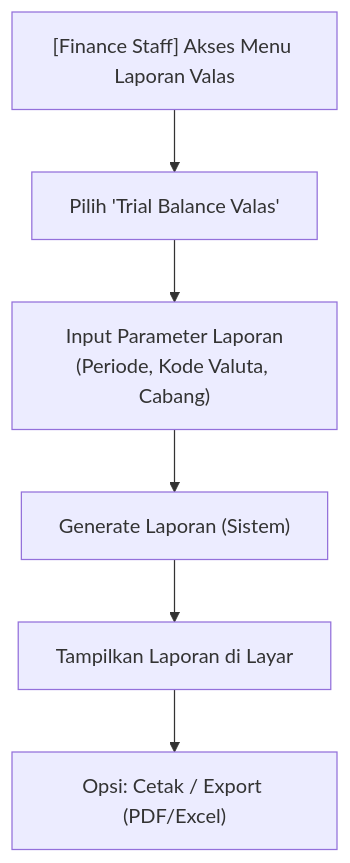
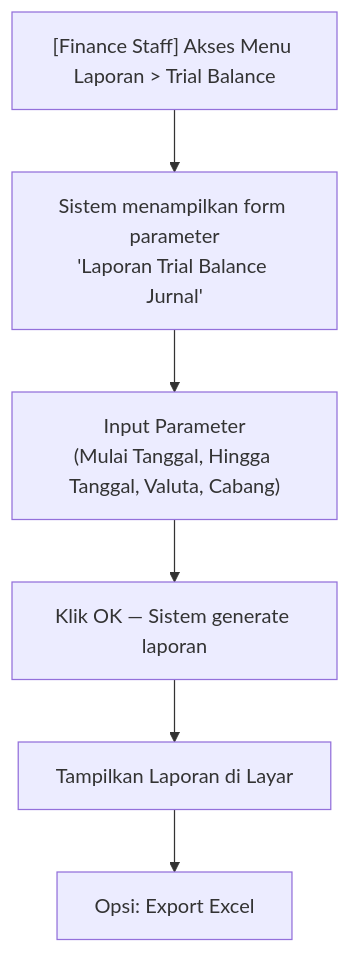
One commit to wisnu/ibank-docs changed the fourth of 9 diagrams in docs/bcas/saku_valas/fsd_sakuvalas.md. Above: the diagram before and after it, drawn with Mermaid. The commit also changed other lines of this file, not shown here.

Commit message:
docs: update user roles and descriptions in FSD Saku Valas documentation

````diff
--- a/docs/bcas/saku_valas/fsd_sakuvalas.md
+++ b/docs/bcas/saku_valas/fsd_sakuvalas.md
@@ -379,8 +381,8 @@
 ```mermaid
 flowchart TD
-    A["[Finance Staff] Akses Menu Laporan Valas"] --> B["Pilih 'Trial Balance Valas'"]
-    B --> C["Input Parameter Laporan\n(Periode, Kode Valuta, Cabang)"]
-    C --> D["Generate Laporan (Sistem)"]
+    A["[Finance Staff] Akses Menu Laporan > Trial Balance"] --> B["Sistem menampilkan form parameter\n'Laporan Trial Balance Jurnal'"]
+    B --> C["Input Parameter\n(Mulai Tanggal, Hingga Tanggal, Valuta, Cabang)"]
+    C --> D["Klik OK — Sistem generate laporan"]
     D --> E["Tampilkan Laporan di Layar"]
-    E --> F["Opsi: Cetak / Export (PDF/Excel)"]
+    E --> F["Opsi: Export Excel"]
 ```
````
